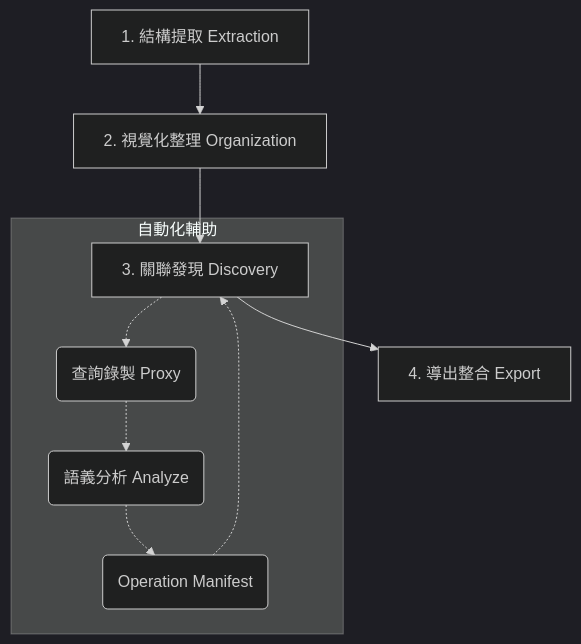
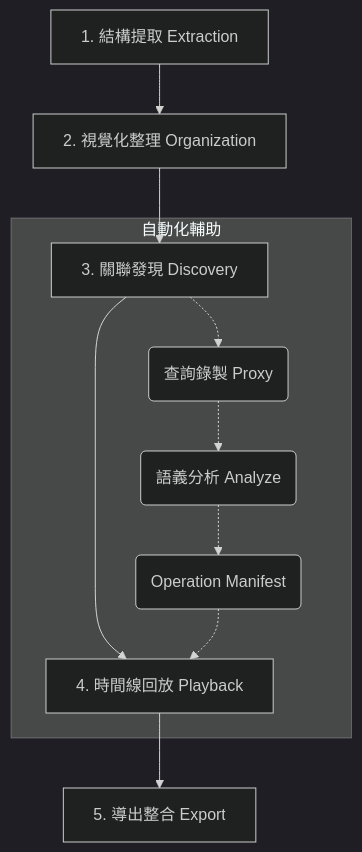
One commit to CarlLee1983/archivolt changed the diagram in docs/WORKFLOW.zh-TW.md. Above: the diagram before and after it, drawn with Mermaid (dark theme). The commit also changed other lines of this file, not shown here.

````diff
--- a/docs/WORKFLOW.zh-TW.md
+++ b/docs/WORKFLOW.zh-TW.md
@@ -11,13 +25,14 @@
 ```mermaid
 graph TD
     A[1. 結構提取 Extraction] --> B[2. 視覺化整理 Organization]
     B --> C[3. 關聯發現 Discovery]
-    C --> D[4. 導出整合 Export]
-    
+    C --> D[4. 時間線回放 Playback]
+    D --> E[5. 導出整合 Export]
+
     subgraph "自動化輔助"
     C -.-> C1(查詢錄製 Proxy)
     C1 -.-> C2(語義分析 Analyze)
     C2 -.-> C3(Operation Manifest)
-    C3 -.-> C
+    C3 -.-> D
     end
 ```
````
